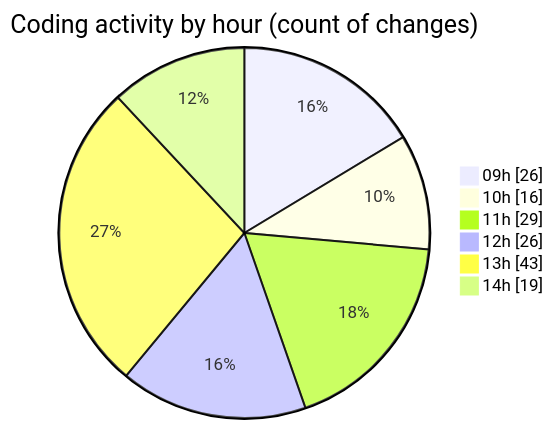
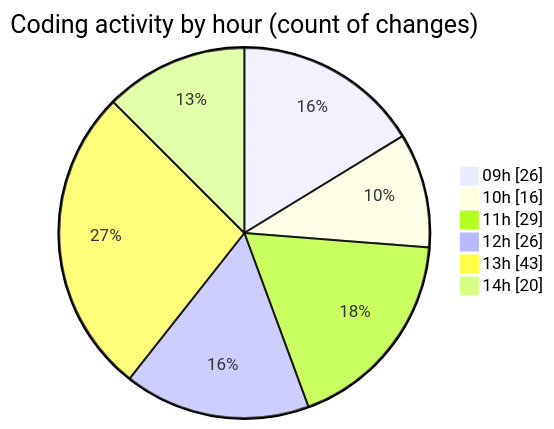
Before and after one commit to momahboobian/code-tracking: the second of 2 diagrams in 2025-11-17/cda/README.md, drawn with Mermaid. The commit also changed other lines of this file and 1 other file, not shown here.

````diff
--- a/2025-11-17/cda/README.md
+++ b/2025-11-17/cda/README.md
@@ -40,10 +41,10 @@
 ```mermaid
 pie showData
 title Coding activity by hour (count of changes)
 "09h" : 26
 "10h" : 16
 "11h" : 29
 "12h" : 26
 "13h" : 43
-"14h" : 19
+"14h" : 20
 ```
````
